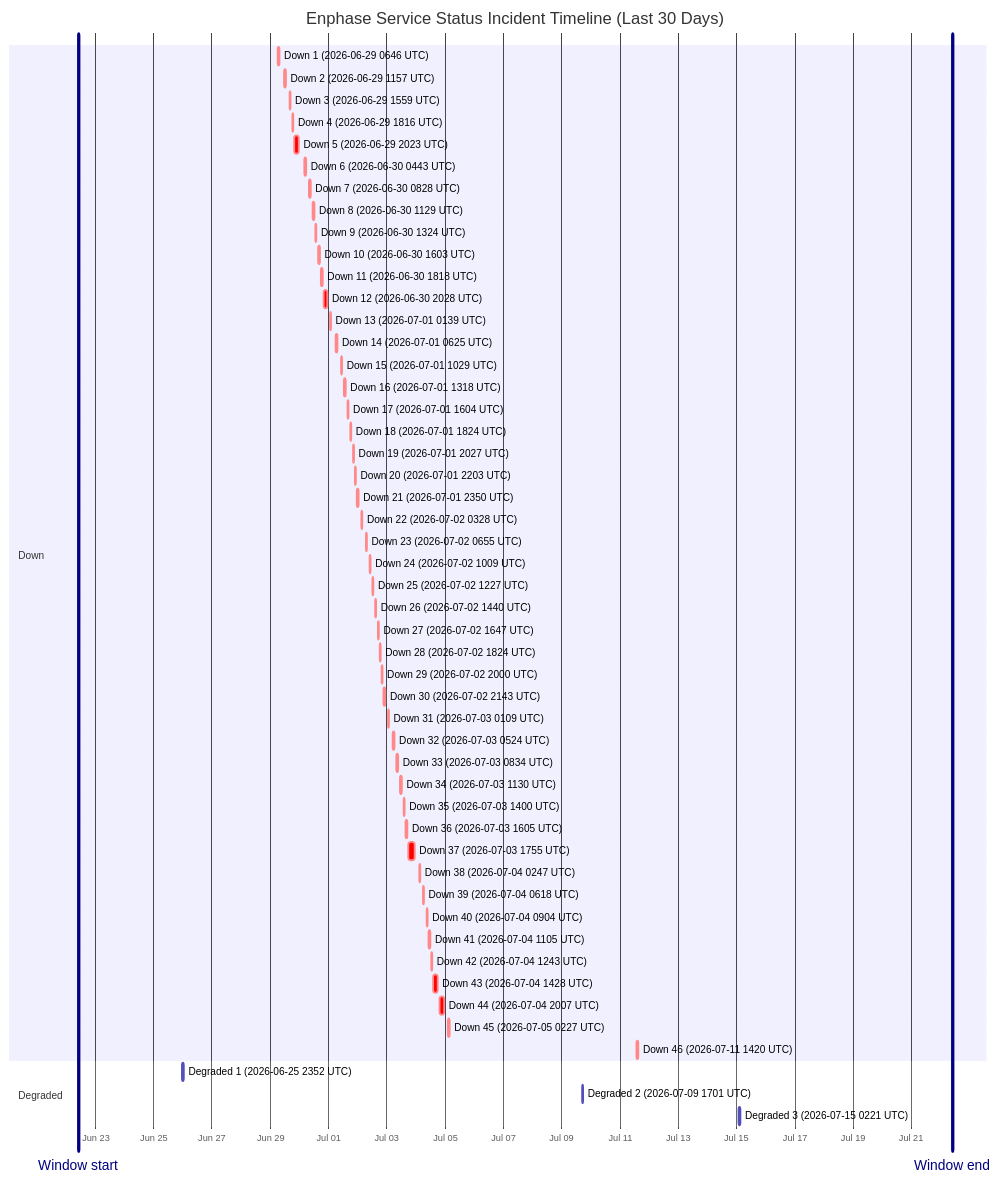
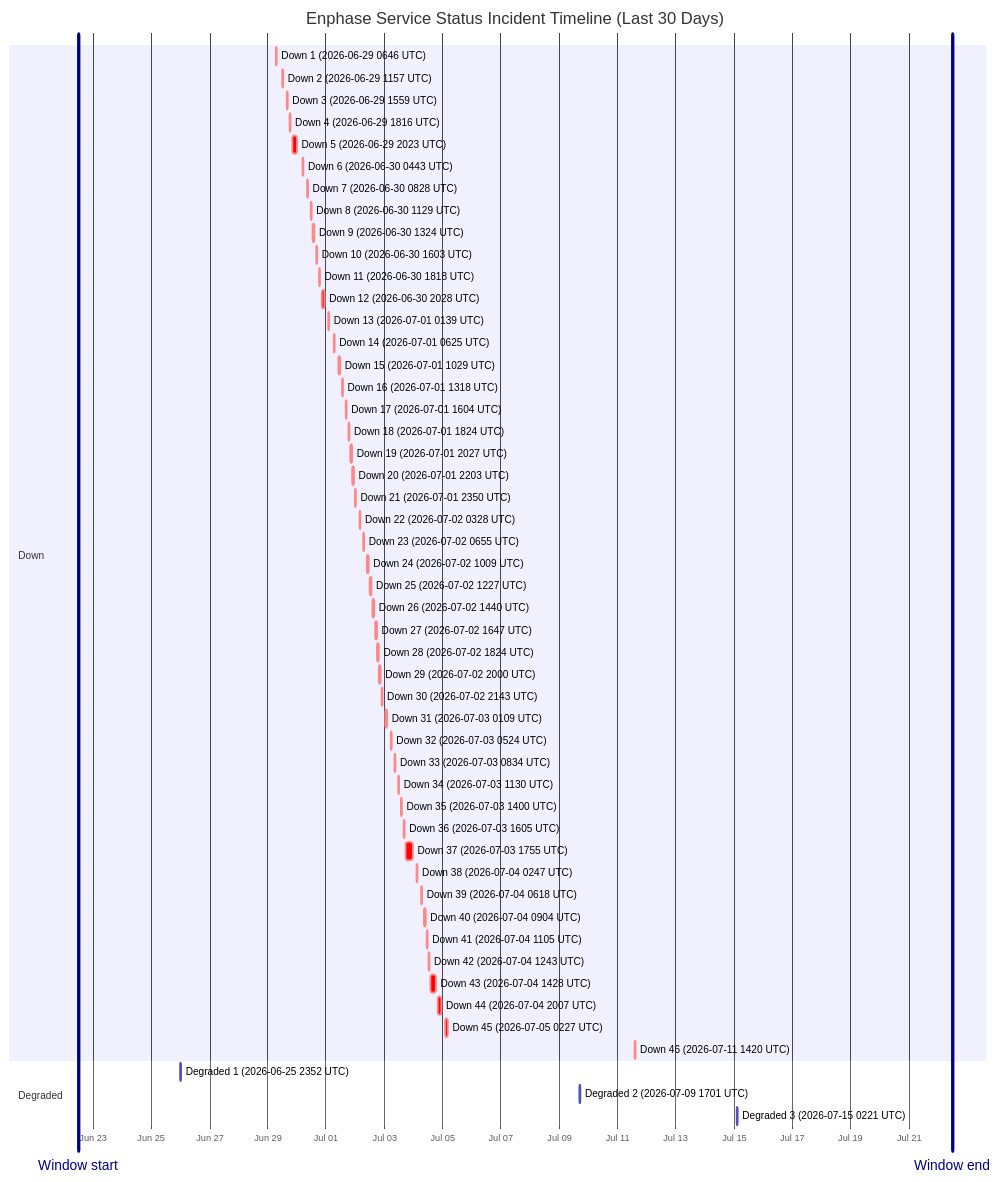
Before and after one commit to barneyonline/ha-enphase-energy: the diagram in wiki/Service-Status-History.md, drawn with Mermaid. The commit also changed other lines of this file and 3 other files, not shown here.

````diff
--- a/wiki/Service-Status-History.md
+++ b/wiki/Service-Status-History.md
@@ -14,59 +14,59 @@
 ```mermaid
 gantt
     title Enphase Service Status Incident Timeline (Last 30 Days)
     dateFormat  YYYY-MM-DDTHH:mm:ss
     axisFormat  %b %d
-    Window start :vert, window-start, 2026-06-22T09:57:48, 0ms
-    Window end :vert, window-end, 2026-07-22T09:57:48, 0ms
+    Window start :vert, window-start, 2026-06-22T11:51:23, 0ms
+    Window end :vert, window-end, 2026-07-22T11:51:23, 0ms
     section Down
     Down 1 (2026-06-29 0646 UTC) :crit, down-1, 2026-06-29T06:46:18, 60m
     Down 2 (2026-06-29 1157 UTC) :crit, down-2, 2026-06-29T11:57:36, 60m
     Down 3 (2026-06-29 1559 UTC) :crit, down-3, 2026-06-29T15:59:02, 60m
     Down 4 (2026-06-29 1816 UTC) :crit, down-4, 2026-06-29T18:16:38, 60m
     Down 5 (2026-06-29 2023 UTC) :crit, down-5, 2026-06-29T20:23:16, 220m
     Down 6 (2026-06-30 0443 UTC) :crit, down-6, 2026-06-30T04:43:54, 60m
     Down 7 (2026-06-30 0828 UTC) :crit, down-7, 2026-06-30T08:28:43, 60m
     Down 8 (2026-06-30 1129 UTC) :crit, down-8, 2026-06-30T11:29:15, 60m
     Down 9 (2026-06-30 1324 UTC) :crit, down-9, 2026-06-30T13:24:25, 60m
     Down 10 (2026-06-30 1603 UTC) :crit, down-10, 2026-06-30T16:03:26, 60m
     Down 11 (2026-06-30 1818 UTC) :crit, down-11, 2026-06-30T18:18:39, 60m
     Down 12 (2026-06-30 2028 UTC) :crit, down-12, 2026-06-30T20:28:54, 171m
     Down 13 (2026-07-01 0139 UTC) :crit, down-13, 2026-07-01T01:39:18, 60m
     Down 14 (2026-07-01 0625 UTC) :crit, down-14, 2026-07-01T06:25:35, 60m
     Down 15 (2026-07-01 1029 UTC) :crit, down-15, 2026-07-01T10:29:24, 60m
     Down 16 (2026-07-01 1318 UTC) :crit, down-16, 2026-07-01T13:18:31, 60m
     Down 17 (2026-07-01 1604 UTC) :crit, down-17, 2026-07-01T16:04:29, 60m
     Down 18 (2026-07-01 1824 UTC) :crit, down-18, 2026-07-01T18:24:21, 60m
     Down 19 (2026-07-01 2027 UTC) :crit, down-19, 2026-07-01T20:27:17, 60m
     Down 20 (2026-07-01 2203 UTC) :crit, down-20, 2026-07-01T22:03:46, 60m
     Down 21 (2026-07-01 2350 UTC) :crit, down-21, 2026-07-01T23:50:52, 60m
     Down 22 (2026-07-02 0328 UTC) :crit, down-22, 2026-07-02T03:28:33, 60m
     Down 23 (2026-07-02 0655 UTC) :crit, down-23, 2026-07-02T06:55:07, 60m
     Down 24 (2026-07-02 1009 UTC) :crit, down-24, 2026-07-02T10:09:15, 60m
     Down 25 (2026-07-02 1227 UTC) :crit, down-25, 2026-07-02T12:27:49, 60m
     Down 26 (2026-07-02 1440 UTC) :crit, down-26, 2026-07-02T14:40:53, 60m
     Down 27 (2026-07-02 1647 UTC) :crit, down-27, 2026-07-02T16:47:47, 60m
     Down 28 (2026-07-02 1824 UTC) :crit, down-28, 2026-07-02T18:24:26, 60m
     Down 29 (2026-07-02 2000 UTC) :crit, down-29, 2026-07-02T20:00:57, 60m
     Down 30 (2026-07-02 2143 UTC) :crit, down-30, 2026-07-02T21:43:52, 80m
     Down 31 (2026-07-03 0109 UTC) :crit, down-31, 2026-07-03T01:09:19, 60m
     Down 32 (2026-07-03 0524 UTC) :crit, down-32, 2026-07-03T05:24:23, 60m
     Down 33 (2026-07-03 0834 UTC) :crit, down-33, 2026-07-03T08:34:05, 60m
     Down 34 (2026-07-03 1130 UTC) :crit, down-34, 2026-07-03T11:30:41, 60m
     Down 35 (2026-07-03 1400 UTC) :crit, down-35, 2026-07-03T14:00:48, 60m
     Down 36 (2026-07-03 1605 UTC) :crit, down-36, 2026-07-03T16:05:49, 60m
     Down 37 (2026-07-03 1755 UTC) :crit, down-37, 2026-07-03T17:55:54, 338m
     Down 38 (2026-07-04 0247 UTC) :crit, down-38, 2026-07-04T02:47:22, 60m
     Down 39 (2026-07-04 0618 UTC) :crit, down-39, 2026-07-04T06:18:09, 60m
     Down 40 (2026-07-04 0904 UTC) :crit, down-40, 2026-07-04T09:04:41, 60m
     Down 41 (2026-07-04 1105 UTC) :crit, down-41, 2026-07-04T11:05:21, 60m
     Down 42 (2026-07-04 1243 UTC) :crit, down-42, 2026-07-04T12:43:25, 60m
     Down 43 (2026-07-04 1428 UTC) :crit, down-43, 2026-07-04T14:28:07, 243m
     Down 44 (2026-07-04 2007 UTC) :crit, down-44, 2026-07-04T20:07:50, 206m
     Down 45 (2026-07-05 0227 UTC) :crit, down-45, 2026-07-05T02:27:32, 109m
     Down 46 (2026-07-11 1420 UTC) :crit, down-46, 2026-07-11T14:20:54, 69m
     section Degraded
     Degraded 1 (2026-06-25 2352 UTC) :active, degraded-1, 2026-06-25T23:52:01, 60m
     Degraded 2 (2026-07-09 1701 UTC) :active, degraded-2, 2026-07-09T17:01:02, 60m
     Degraded 3 (2026-07-15 0221 UTC) :active, degraded-3, 2026-07-15T02:21:35, 60m
 ```
````
